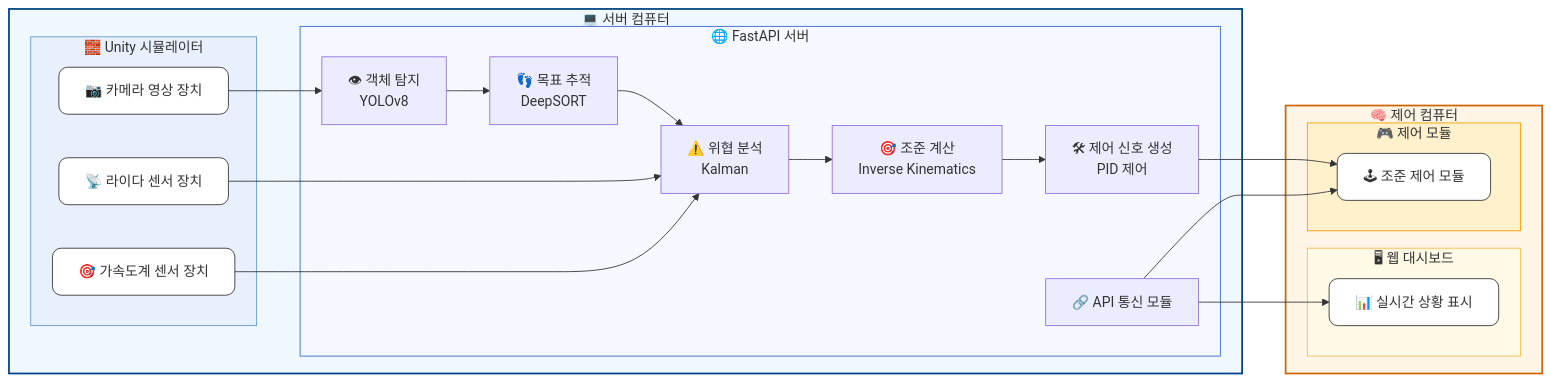
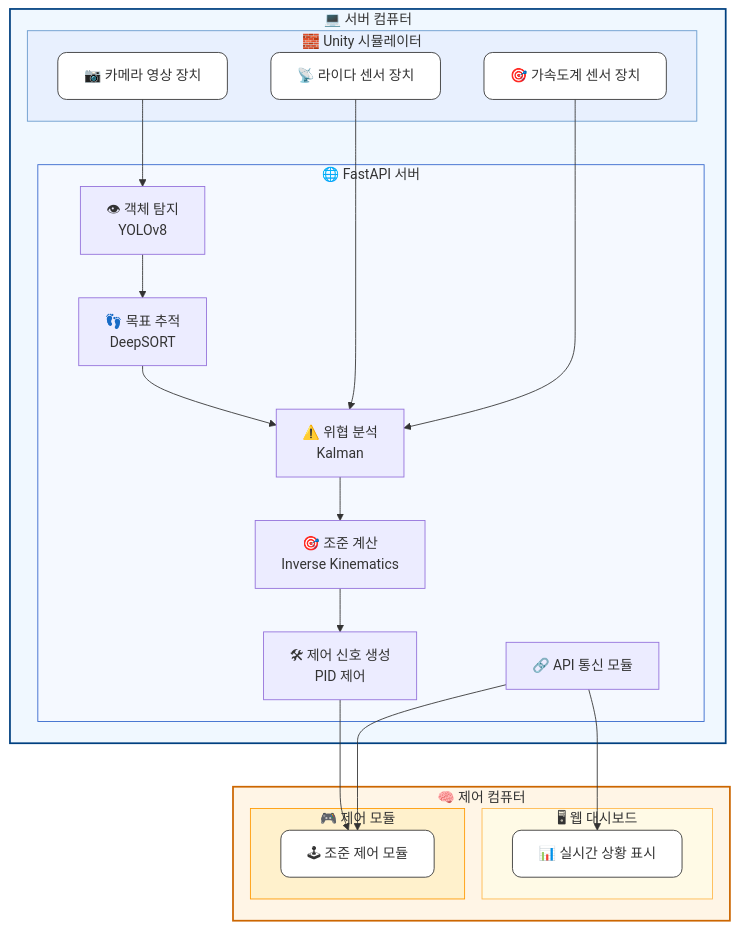
One commit to Rotem-Third-Project/Battlefield-object-recognition-learning-model changed the diagram in 요구사항정의서.md. Above: the diagram before and after it, drawn with Mermaid.

````diff
--- a/요구사항정의서.md
+++ b/요구사항정의서.md
@@ -42,59 +42,59 @@
 ```mermaid
-flowchart LR
+flowchart TD
 
     %% 💻 서버 컴퓨터 그룹
     subgraph Server_Computer ["💻 서버 컴퓨터"]
         subgraph Simulator ["🧱 Unity 시뮬레이터"]
             Cam[📷 카메라 영상 장치]
             Lidar[📡 라이다 센서 장치]
             IMU[🎯 가속도계 센서 장치]
         end
 
         subgraph FastAPI_Service ["🌐 FastAPI 서버"]
             Detect[👁 객체 탐지\nYOLOv8]
             Track[👣 목표 추적\nDeepSORT]
             Threat[⚠️ 위협 분석\nKalman]
             Aiming[🎯 조준 계산\nInverse Kinematics]
             ControlGen[🛠 제어 신호 생성\nPID 제어]
             APIConn[🔗 API 통신 모듈]
 
             Detect --> Track
             Track --> Threat
         end
     end
 
     %% 🧠 제어 컴퓨터 그룹
     subgraph Control_Computer ["🧠 제어 컴퓨터"]
         subgraph Control_Loop ["🎮 제어 모듈"]
             Controller[🕹 조준 제어 모듈]
         end
 
         subgraph Monitor_UI ["🖥 웹 대시보드"]
             Dashboard[📊 실시간 상황 표시]
         end
     end
 
     %% 연결 관계
     Cam --> Detect
     Lidar --> Threat
     IMU --> Threat
 
     Threat --> Aiming
     Aiming --> ControlGen
     ControlGen --> Controller
     APIConn --> Controller
     APIConn --> Dashboard
 
     %% 스타일: 서브그래프 배경
     style Server_Computer fill:#F0F8FF,stroke:#004080,stroke-width:2px
     style Simulator fill:#E8F0FE,stroke:#6699CC,stroke-width:1px
     style FastAPI_Service fill:#F5F9FF,stroke:#3366CC,stroke-width:1px
 
     style Control_Computer fill:#FFF5E6,stroke:#CC6600,stroke-width:2px
     style Control_Loop fill:#FFF1CC,stroke:#FF9900,stroke-width:1px
     style Monitor_UI fill:#FFFAE6,stroke:#FFB84D,stroke-width:1px
 
     %% 노드 둥글기 스타일
     classDef round_node fill:#FFFFFF,stroke:#333,stroke-width:1px,rx:10,ry:10;
     class Cam,Lidar,IMU,Controller,Dashboard round_node;
 ```
````
